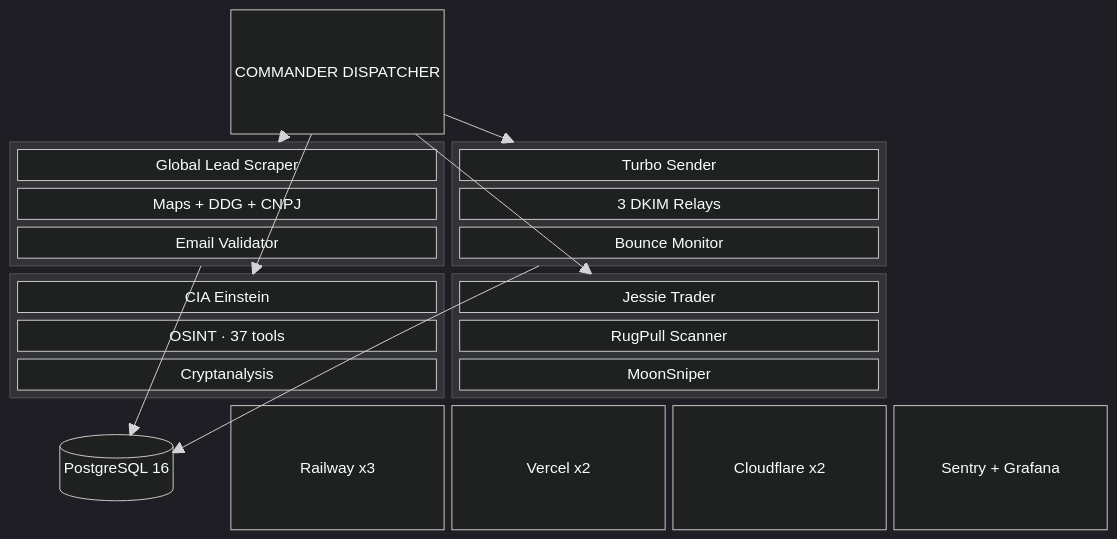
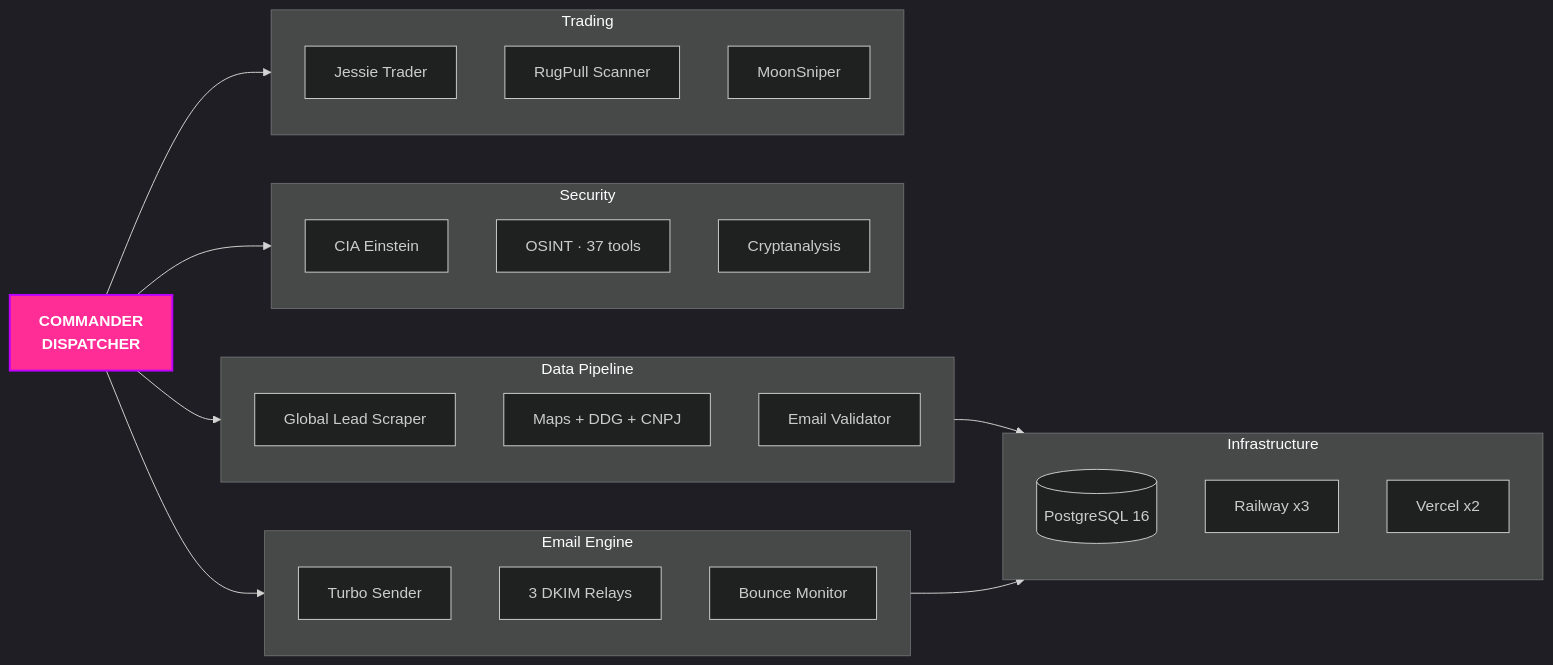
Before and after one commit to MatheusAgueda/MatheusAgueda: diagram 12 of 16 in README.md, drawn with Mermaid. The commit also changed other lines of this file, not shown here.

Commit message:
fix: remove dark classDef fills + replace block-beta — fix Mermaid rendering bugs
- graph TB: removed 7 classDef with dark fills causing invisible text
- block-beta: replaced with graph LR (experimental type broke on GitHub)
- graph TD: removed 2 classDef with dark fills
- classDiagram: simplified dark themeVariables
- erDiagram: simplified dark themeVariables
- gantt: simplified dark themeVariables
- quadrantChart: simplified dark themeVariables
- All diagrams now use theme:dark defaults for proper GitHub contrast

````diff
--- a/README.md
+++ b/README.md
@@ -890,48 +876,45 @@
 ```mermaid
 %%{init: {'theme': 'dark'}}%%
-block-beta
-    columns 5
 
-    space CMD["COMMANDER DISPATCHER"] space:3
+graph LR
+    CMD["COMMANDER<br/>DISPATCHER"]
 
-    block:DATA:2
-        columns 1
+    subgraph DATA["Data Pipeline"]
         GLS["Global Lead Scraper"]
         MAPS["Maps + DDG + CNPJ"]
         VALID["Email Validator"]
     end
 
-    block:MAIL:2
-        columns 1
+    subgraph MAIL["Email Engine"]
         TURBO["Turbo Sender"]
         RELAYS["3 DKIM Relays"]
         BOUNCE["Bounce Monitor"]
     end
 
-    space
-
-    block:SEC:2
-        columns 1
+    subgraph SEC["Security"]
         CIA["CIA Einstein"]
         OSINT["OSINT · 37 tools"]
         CRYPTO["Cryptanalysis"]
     end
 
-    block:TRADE:2
-        columns 1
+    subgraph TRADE["Trading"]
         JESSIE["Jessie Trader"]
         RUGPULL["RugPull Scanner"]
         MOON["MoonSniper"]
     end
 
-    space
-
-    PG[("PostgreSQL 16")] RW["Railway x3"] VC["Vercel x2"] CF["Cloudflare x2"] MON["Sentry + Grafana"]
+    subgraph INFRA["Infrastructure"]
+        PG[("PostgreSQL 16")]
+        RW["Railway x3"]
+        VC["Vercel x2"]
+    end
 
     CMD --> DATA
     CMD --> MAIL
     CMD --> SEC
     CMD --> TRADE
-    DATA --> PG
-    MAIL --> PG
+    DATA --> INFRA
+    MAIL --> INFRA
+
+    style CMD fill:#FF2D95,stroke:#BD00FF,color:#fff,font-weight:bold,stroke-width:2px
 ```
````
